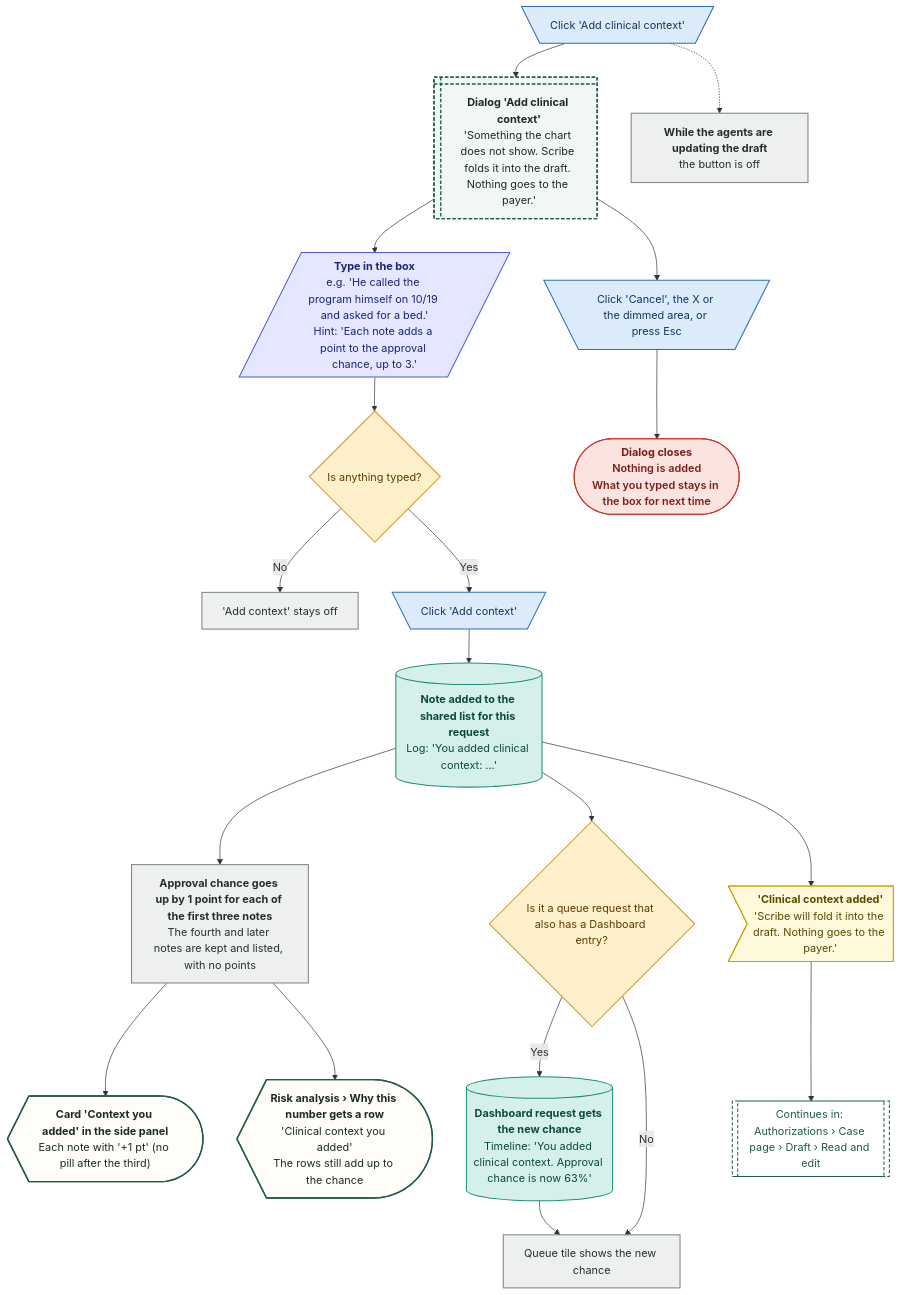
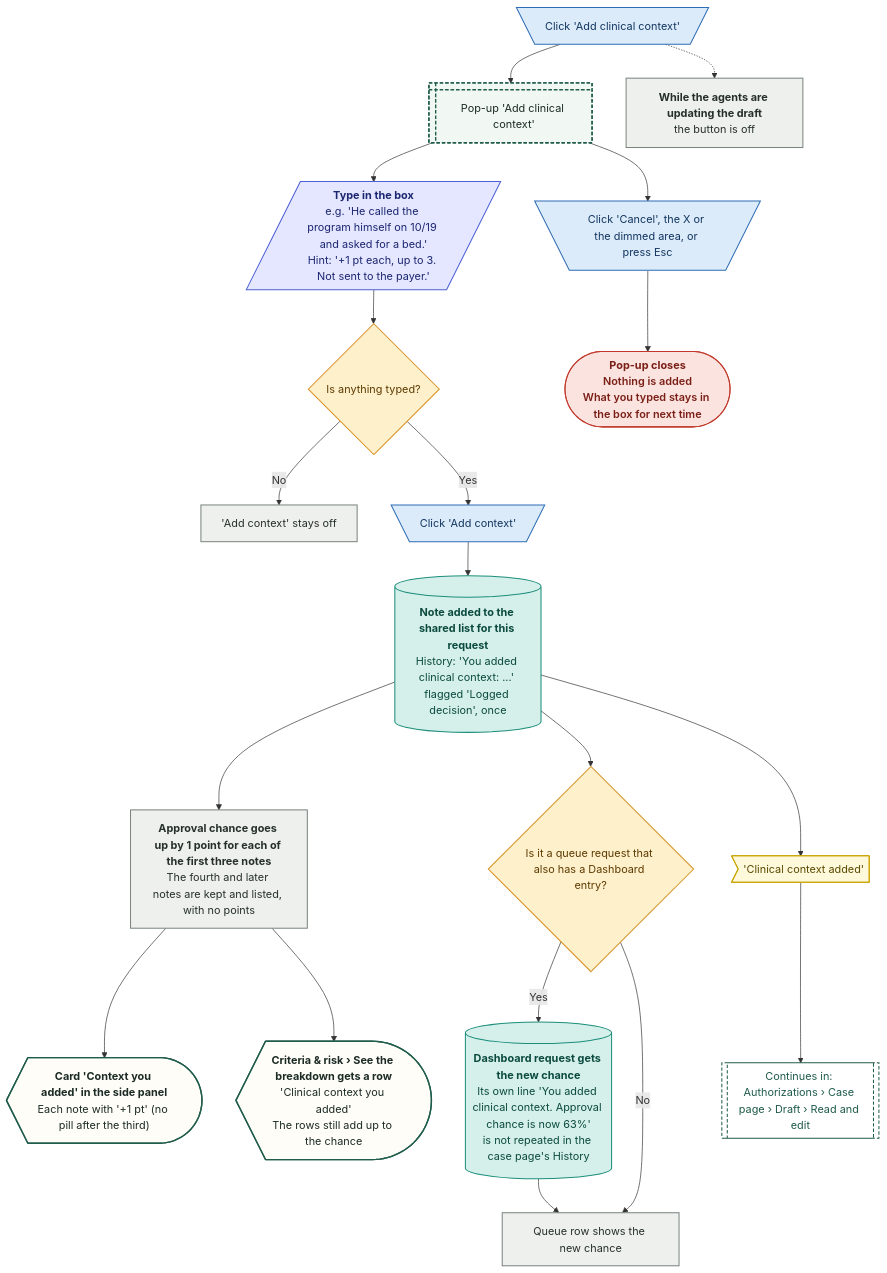
One commit to Shrav143/psyfloapp changed diagram 23 of 34 in demos/prior-auth-demo/workflows/out/md/03-authorizations.md. Above: the diagram before and after it, drawn with Mermaid. The commit also changed other lines of this file and 202 other files, not shown here.

First line of the commit message:
docs: round 6 README, CONVENTIONS, spec section 17, diagram module blurbs and 336 rebuilt diagrams

````diff
--- a/demos/prior-auth-demo/workflows/out/md/03-authorizations.md
+++ b/demos/prior-auth-demo/workflows/out/md/03-authorizations.md
@@ -1867,58 +1856,58 @@
 ```mermaid
 %%{init: {"theme":"base","themeVariables":{"fontFamily":"'DM Sans', 'Segoe UI', system-ui, sans-serif","fontSize":"15px","lineColor":"#5B6B63","primaryTextColor":"#1C2B25","clusterBkg":"#FBF8F3","clusterBorder":"#D9CDBB","edgeLabelBackground":"#FFFFFF"},"flowchart":{"curve":"basis","nodeSpacing":36,"rankSpacing":48,"padding":12,"htmlLabels":true,"useMaxWidth":false,"wrappingWidth":230}} }%%
 flowchart TD
   classDef k_start fill:#1F5C4B,stroke:#174638,color:#FFFFFF,stroke-width:1.5px,font-weight:600
   classDef k_end fill:#DDEFE3,stroke:#2E7D4F,color:#14502F,stroke-width:1.5px,font-weight:600
   classDef k_endx fill:#FBE3E0,stroke:#C0392B,color:#7A1F16,stroke-width:1.5px,font-weight:600
   classDef k_screen fill:#FFFDF8,stroke:#1F5C4B,color:#1C2B25,stroke-width:2px
   classDef k_overlay fill:#F1F7F3,stroke:#1F5C4B,color:#1C2B25,stroke-width:2px,stroke-dasharray:5 3
   classDef k_click fill:#DCEBFA,stroke:#2F6DB5,color:#12365F,stroke-width:1.5px
   classDef k_input fill:#E4E7FF,stroke:#4C5FD5,color:#1D2670,stroke-width:1.5px
   classDef k_process fill:#EEF0EE,stroke:#7A857F,color:#26302B,stroke-width:1.5px
   classDef k_agent fill:#EEE5FA,stroke:#7A4FC2,color:#341A63,stroke-width:1.5px
   classDef k_decision fill:#FFF0CC,stroke:#D9962B,color:#5C3B00,stroke-width:1.5px
   classDef k_store fill:#D5F0EA,stroke:#1C8E7B,color:#0B4A3F,stroke-width:1.5px
   classDef k_doc fill:#F6E9DC,stroke:#B07A4C,color:#4A2E14,stroke-width:1.5px
   classDef k_ext fill:#FFE6D2,stroke:#E07B39,color:#6B2F06,stroke-width:1.5px
   classDef k_wait fill:#E4E8EE,stroke:#6B7C93,color:#26303D,stroke-width:1.5px
   classDef k_toast fill:#FFF9DB,stroke:#C9A400,color:#5A4A00,stroke-width:1.5px
   classDef k_goto fill:#FFFFFF,stroke:#1F5C4B,color:#1F5C4B,stroke-width:1.5px,stroke-dasharray:5 3
   cc@{ shape: trap-t, label: "Click 'Add clinical context'" }
-  m@{ shape: win-pane, label: "<b>Dialog 'Add clinical context'</b><br/>'Something the chart does not show. Scribe folds it into the draft. Nothing goes to the payer.'" }
-  ta@{ shape: lean-r, label: "<b>Type in the box</b><br/>e.g. 'He called the program himself on 10/19 and asked for a bed.'<br/>Hint: 'Each note adds a point to the approval chance, up to 3.'" }
+  m@{ shape: win-pane, label: "Pop-up 'Add clinical context'" }
+  ta@{ shape: lean-r, label: "<b>Type in the box</b><br/>e.g. 'He called the program himself on 10/19 and asked for a bed.'<br/>Hint: '+1 pt each, up to 3. Not sent to the payer.'" }
   d@{ shape: diam, label: "Is anything typed?" }
   dis@{ shape: rect, label: "'Add context' stays off" }
   ad@{ shape: trap-t, label: "Click 'Add context'" }
   cn@{ shape: trap-t, label: "Click 'Cancel', the X or the dimmed area, or press Esc" }
-  cl@{ shape: stadium, label: "<b>Dialog closes</b><br/>Nothing is added<br/>What you typed stays in the box for next time" }
+  cl@{ shape: stadium, label: "<b>Pop-up closes</b><br/>Nothing is added<br/>What you typed stays in the box for next time" }
   lk@{ shape: rect, label: "<b>While the agents are updating the draft</b><br/>the button is off" }
-  sv@{ shape: cyl, label: "<b>Note added to the shared list for this request</b><br/>Log: 'You added clinical context: ...'" }
+  sv@{ shape: cyl, label: "<b>Note added to the shared list for this request</b><br/>History: 'You added clinical context: ...' flagged 'Logged decision', once" }
   nu@{ shape: rect, label: "<b>Approval chance goes up by 1 point for each of the first three notes</b><br/>The fourth and later notes are kept and listed, with no points" }
   ls@{ shape: curv-trap, label: "<b>Card 'Context you added' in the side panel</b><br/>Each note with '+1 pt' (no pill after the third)" }
-  rk@{ shape: curv-trap, label: "<b>Risk analysis › Why this number gets a row</b><br/>'Clinical context you added'<br/>The rows still add up to the chance" }
+  rk@{ shape: curv-trap, label: "<b>Criteria & risk › See the breakdown gets a row</b><br/>'Clinical context you added'<br/>The rows still add up to the chance" }
   dQ@{ shape: diam, label: "Is it a queue request that also has a Dashboard entry?" }
-  db@{ shape: cyl, label: "<b>Dashboard request gets the new chance</b><br/>Timeline: 'You added clinical context. Approval chance is now 63%'" }
-  qu@{ shape: rect, label: "Queue tile shows the new chance" }
-  tc@{ shape: odd, label: "<b>'Clinical context added'</b><br/>'Scribe will fold it into the draft. Nothing goes to the payer.'" }
+  db@{ shape: cyl, label: "<b>Dashboard request gets the new chance</b><br/>Its own line 'You added clinical context. Approval chance is now 63%'<br/>is not repeated in the case page's History" }
+  qu@{ shape: rect, label: "Queue row shows the new chance" }
+  tc@{ shape: odd, label: "'Clinical context added'" }
   g1@{ shape: subproc, label: "Continues in: Authorizations › Case page › Draft › Read and edit" }
   cc --> m --> ta --> d
   d -->|"No"| dis
   d -->|"Yes"| ad --> sv --> nu --> ls
   nu --> rk
   sv --> dQ
   dQ -->|"Yes"| db --> qu
   dQ -->|"No"| qu
   sv --> tc --> g1
   m --> cn --> cl
   cc -.-> lk
   class cc,ad,cn k_click
   class m k_overlay
   class ta k_input
   class d,dQ k_decision
   class dis,lk,nu,qu k_process
   class cl k_endx
   class sv,db k_store
   class ls,rk k_screen
   class tc k_toast
   class g1 k_goto
 ```
````
